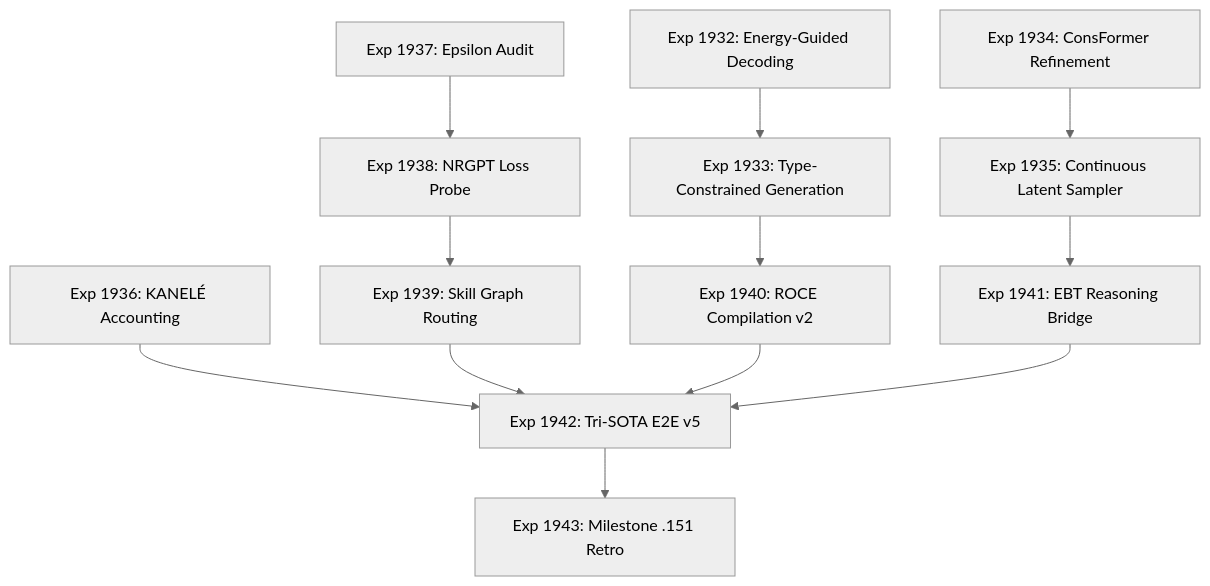
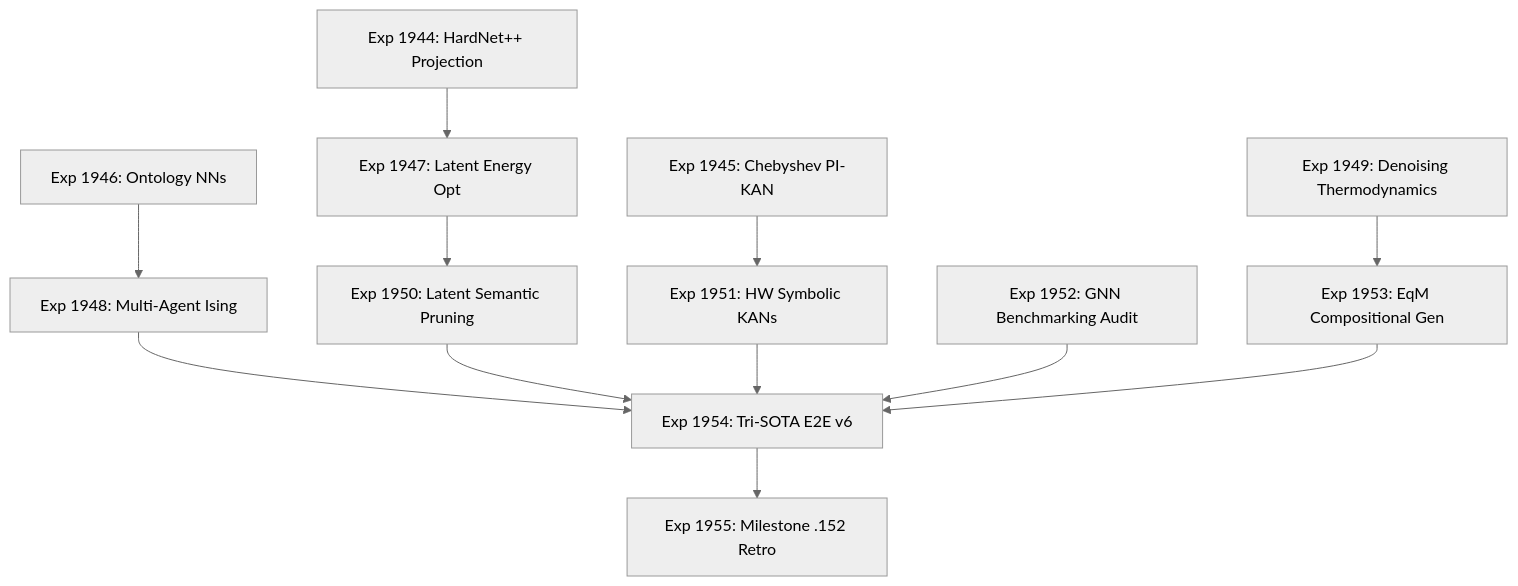
The diagram in openspec/change-proposals/research-roadmap-vNEXT.md (Carnot-EBM/carnot-ebm), drawn with Mermaid (neutral theme) before and after one commit. The commit also changed other lines of this file and 2 other files, not shown here.

First line of the commit message:
[conductor] Plan next milestone: 2026.05.152

````diff
--- a/openspec/change-proposals/research-roadmap-vNEXT.md
+++ b/openspec/change-proposals/research-roadmap-vNEXT.md
@@ -49,19 +48,17 @@
 ```mermaid
 graph TD
-    1932[Exp 1932: Energy-Guided Decoding] --> 1933[Exp 1933: Type-Constrained Generation]
-    1933 --> 1940[Exp 1940: ROCE Compilation v2]
+    1944[Exp 1944: HardNet++ Projection] --> 1947[Exp 1947: Latent Energy Opt]
+    1945[Exp 1945: Chebyshev PI-KAN] --> 1951[Exp 1951: HW Symbolic KANs]
+    1946[Exp 1946: Ontology NNs] --> 1948[Exp 1948: Multi-Agent Ising]
     
-    1934[Exp 1934: ConsFormer Refinement] --> 1935[Exp 1935: Continuous Latent Sampler]
-    1935 --> 1941[Exp 1941: EBT Reasoning Bridge]
+    1947 --> 1950[Exp 1950: Latent Semantic Pruning]
+    1948 --> 1954[Exp 1954: Tri-SOTA E2E v6]
+    1949[Exp 1949: Denoising Thermodynamics] --> 1953[Exp 1953: EqM Compositional Gen]
     
-    1936[Exp 1936: KANELÉ Accounting] --> 1942[Exp 1942: Tri-SOTA E2E v5]
+    1950 --> 1954
+    1951 --> 1954
+    1952[Exp 1952: GNN Benchmarking Audit] --> 1954
+    1953 --> 1954
     
-    1937[Exp 1937: Epsilon Audit] --> 1938[Exp 1938: NRGPT Loss Probe]
-    1938 --> 1939[Exp 1939: Skill Graph Routing]
-    
-    1939 --> 1942
-    1940 --> 1942
-    1941 --> 1942
-    
-    1942 --> 1943[Exp 1943: Milestone .151 Retro]
+    1954 --> 1955[Exp 1955: Milestone .152 Retro]
 ```
````
